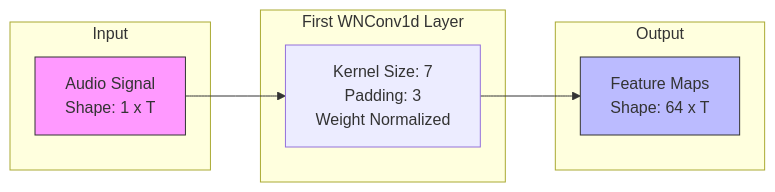
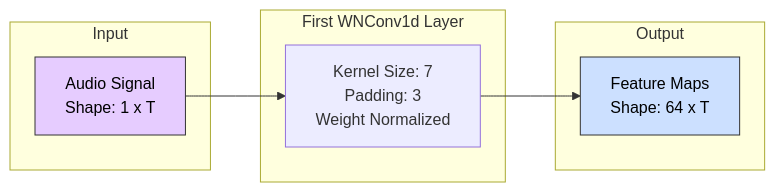
The second of 2 diagrams in PreProcessing.md (josmithiii/descript-audio-codec), drawn with Mermaid before and after one commit. The commit also changed other lines of this file, not shown here.

Commit message:
jos: claude improves text contrast

````diff
--- a/PreProcessing.md
+++ b/PreProcessing.md
@@ -16,19 +16,19 @@
 ```mermaid
 graph LR
     subgraph Input
         A[Audio Signal<br>Shape: 1 x T] 
     end
 
     subgraph "First WNConv1d Layer"
         B[Kernel Size: 7<br>Padding: 3<br>Weight Normalized]
     end
 
     subgraph Output
         C[Feature Maps<br>Shape: 64 x T]
     end
 
     A --> B --> C
 
-    style A fill:#f9f,stroke:#333
-    style C fill:#bbf,stroke:#333
+    style A fill:#e6ccff,stroke:#333,color:#000
+    style C fill:#cce0ff,stroke:#333,color:#000
 ```
````
